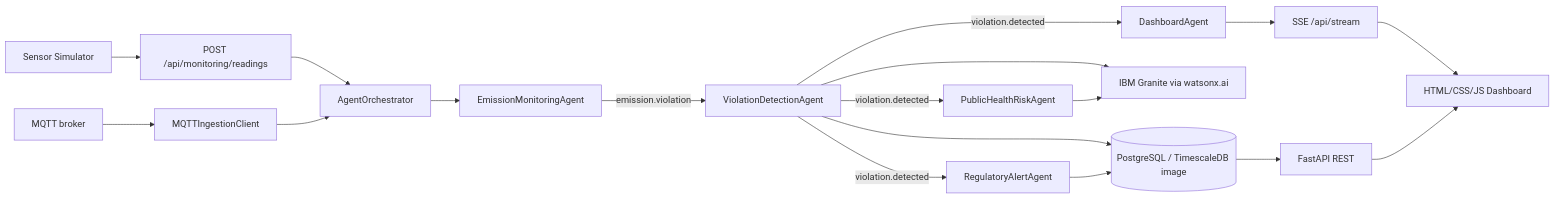
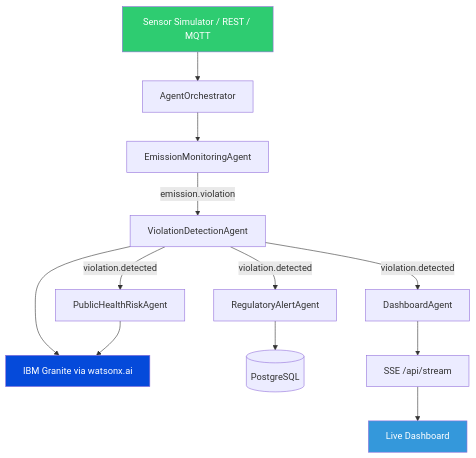
The first of 2 diagrams in README.md (iamkk369/EcoGaurdMONITOR), drawn with Mermaid before and after one commit. The commit also changed other lines of this file, not shown here.

Commit message:
docs: update README with comprehensive project overview, agentic architecture, and quick-start guide

````diff
--- a/README.md
+++ b/README.md
@@ -118,23 +102,18 @@
 ```mermaid
-flowchart LR
-    SIM[Sensor Simulator] --> REST[POST /api/monitoring/readings]
-    MQTT[MQTT broker] --> ING[MQTTIngestionClient]
-    REST --> ORCH[AgentOrchestrator]
-    ING --> ORCH
+flowchart TD
+    A[Sensor Simulator / REST / MQTT] --> B[AgentOrchestrator]
+    B --> C[EmissionMonitoringAgent]
+    C -->|emission.violation| D[ViolationDetectionAgent]
+    D -->|violation.detected| E[RegulatoryAlertAgent]
+    D -->|violation.detected| F[PublicHealthRiskAgent]
+    D -->|violation.detected| G[DashboardAgent]
+    D --> H[IBM Granite via watsonx.ai]
+    F --> H
+    E --> I[(PostgreSQL)]
+    G --> J[SSE /api/stream]
+    J --> K[Live Dashboard]
 
-    ORCH --> EM[EmissionMonitoringAgent]
-    EM -->|emission.violation| VI[ViolationDetectionAgent]
-    VI -->|violation.detected| RA[RegulatoryAlertAgent]
-    VI -->|violation.detected| HR[PublicHealthRiskAgent]
-    VI -->|violation.detected| DA[DashboardAgent]
-
-    VI --> GR[IBM Granite via watsonx.ai]
-    HR --> GR
-
-    VI --> DB[(PostgreSQL / TimescaleDB image)]
-    RA --> DB
-    DB --> API_2[FastAPI REST]
-    DA --> SSE[SSE /api/stream]
-    SSE --> UI[HTML/CSS/JS Dashboard]
-    API_2 --> UI
+    style H fill:#054ADA,color:white
+    style A fill:#2ECC71,color:white
+    style K fill:#3498DB,color:white
 ```
````
